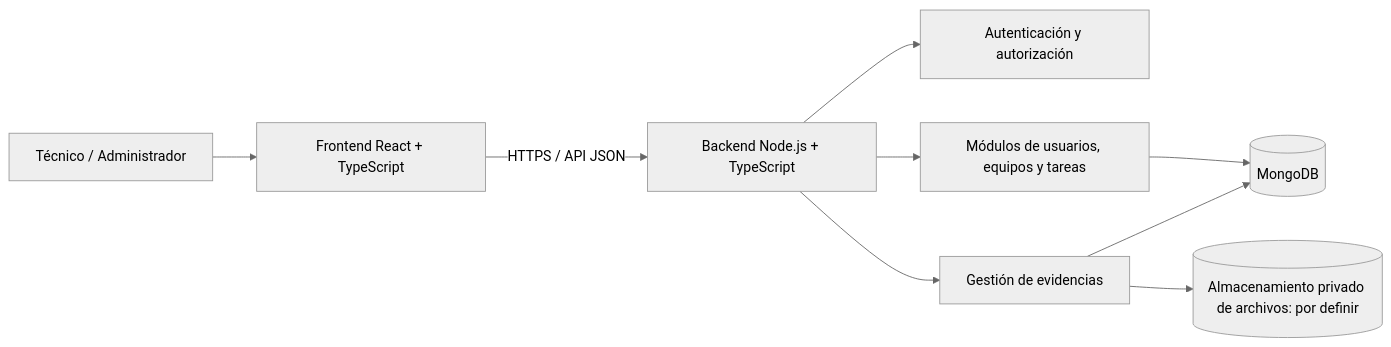
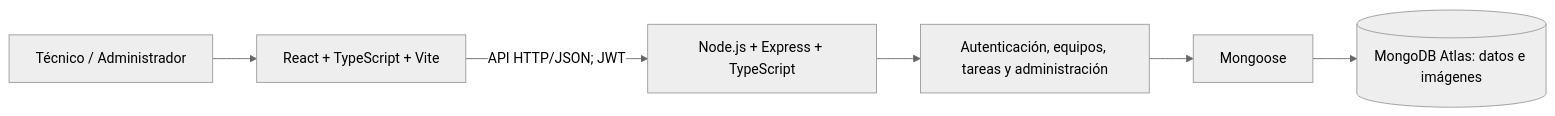
The diagram in docs/06-arquitectura.md (flowxter/tech-track), drawn with Mermaid (neutral theme) before and after one commit. The commit also changed other lines of this file and 26 other files, not shown here.

````diff
--- a/docs/06-arquitectura.md
+++ b/docs/06-arquitectura.md
@@ -35,11 +12,8 @@
 ```mermaid
 flowchart LR
-    U[Técnico / Administrador] --> W[Frontend React + TypeScript]
-    W -->|HTTPS / API JSON| B[Backend Node.js + TypeScript]
-    B --> A[Autenticación y autorización]
-    B --> T[Módulos de usuarios, equipos y tareas]
-    B --> E[Gestión de evidencias]
-    T --> DB[(MongoDB)]
-    E --> DB
-    E --> FS[(Almacenamiento privado de archivos: por definir)]
+    U["Técnico / Administrador"] --> F["React + TypeScript + Vite"]
+    F -->|"API HTTP/JSON; JWT"| B["Node.js + Express + TypeScript"]
+    B --> M["Autenticación, equipos, tareas y administración"]
+    M --> ODM["Mongoose"]
+    ODM --> DB[("MongoDB Atlas: datos e imágenes")]
 ```
````
